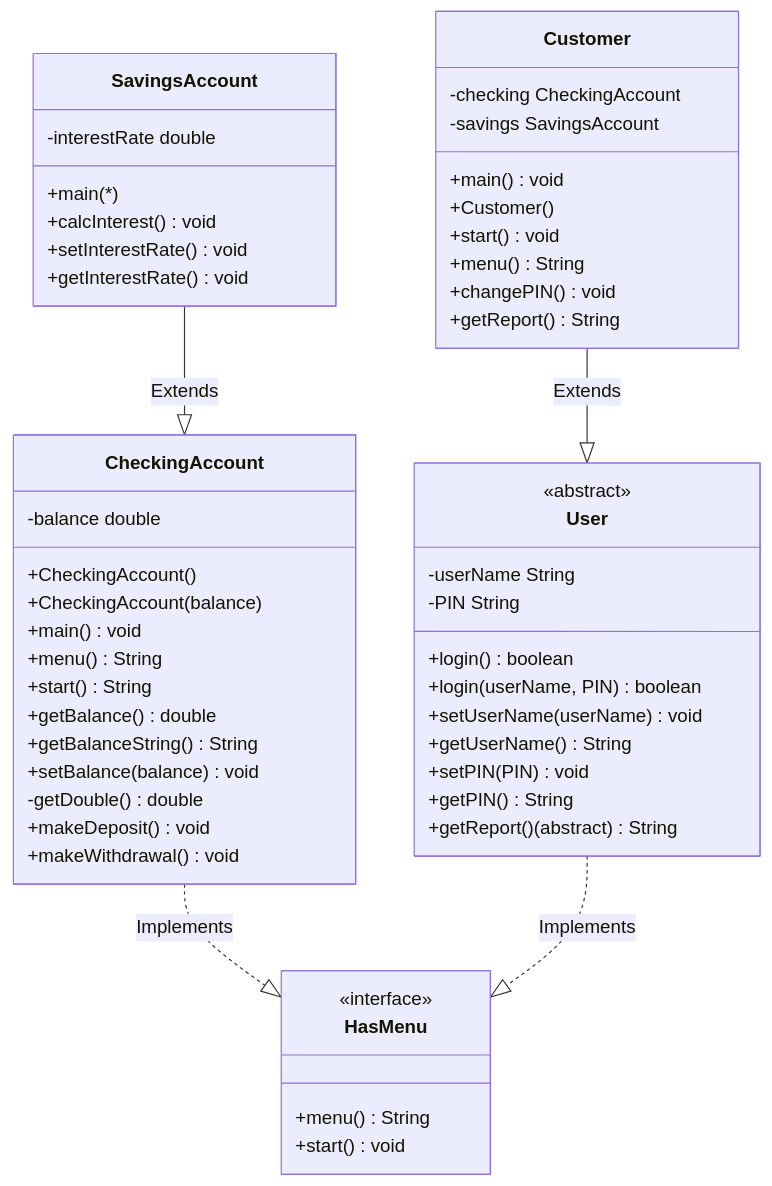
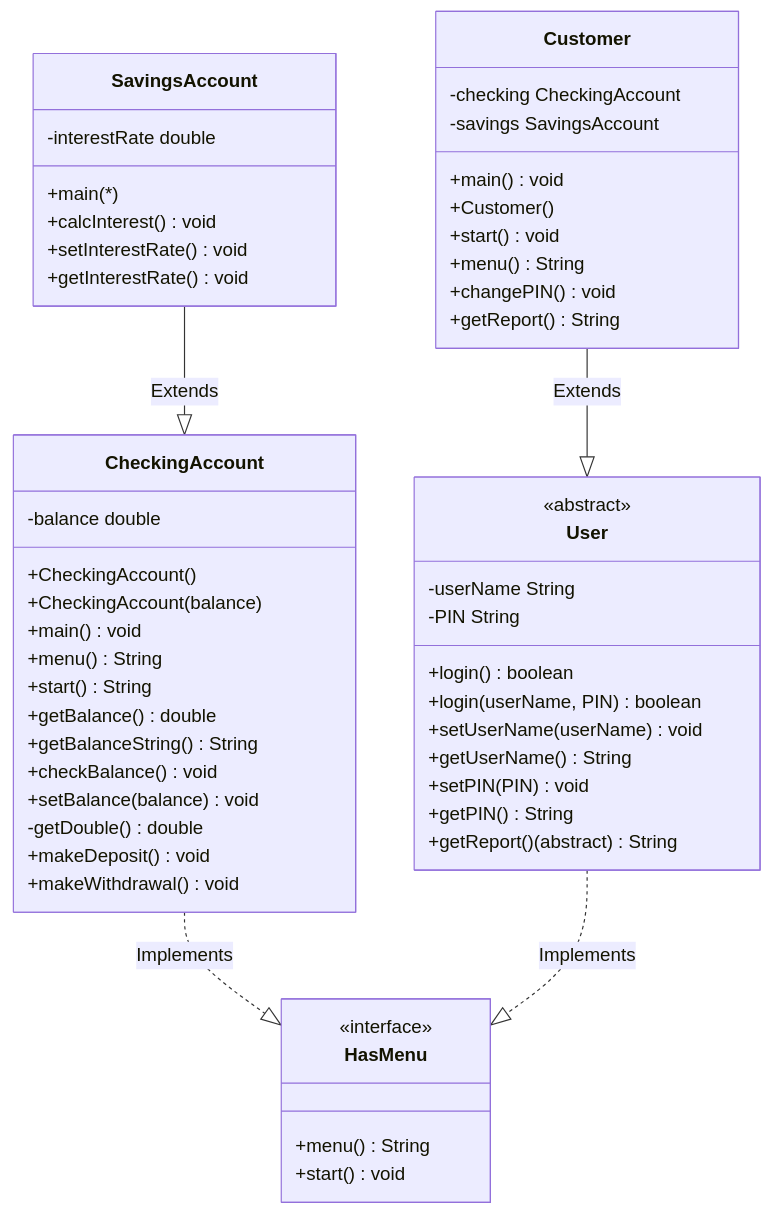
The diagram in README.md (tommym-r/projectNine), drawn with Mermaid before and after one commit. The commit also changed 8 other files, not shown here.

````diff
--- a/README.md
+++ b/README.md
@@ -4,60 +4,61 @@
 ```mermaid
 classDiagram
     class HasMenu {
         <<interface>>
         +menu() String
         +start() void
     }
 
     class CheckingAccount {
         -balance double
         +CheckingAccount()
         +CheckingAccount(balance)
         +main() void
         +menu() String
         +start() String
         +getBalance() double
         +getBalanceString() String
+        +checkBalance() void
         +setBalance(balance) void
         -getDouble() double
         +makeDeposit() void
         +makeWithdrawal() void
     }
 
     class SavingsAccount {
         -interestRate double
         +main(*)
         +calcInterest() void
         +setInterestRate() void
         +getInterestRate() void
     }
 
     class User {
         <<abstract>>
         -userName String
         -PIN String
         +login() boolean
         +login(userName, PIN) boolean
         +setUserName(userName) void
         +getUserName() String
         +setPIN(PIN) void
         +getPIN() String
         +getReport() (abstract) String
     }
 
     class Customer {
         -checking CheckingAccount
         -savings SavingsAccount
         +main() void
         +Customer()
         +start() void
         +menu() String
         +changePIN() void
         +getReport() String
     }
 
     SavingsAccount --|> CheckingAccount : Extends
     CheckingAccount ..|> HasMenu : Implements
     User ..|> HasMenu : Implements
     Customer --|> User : Extends
 ```
````
